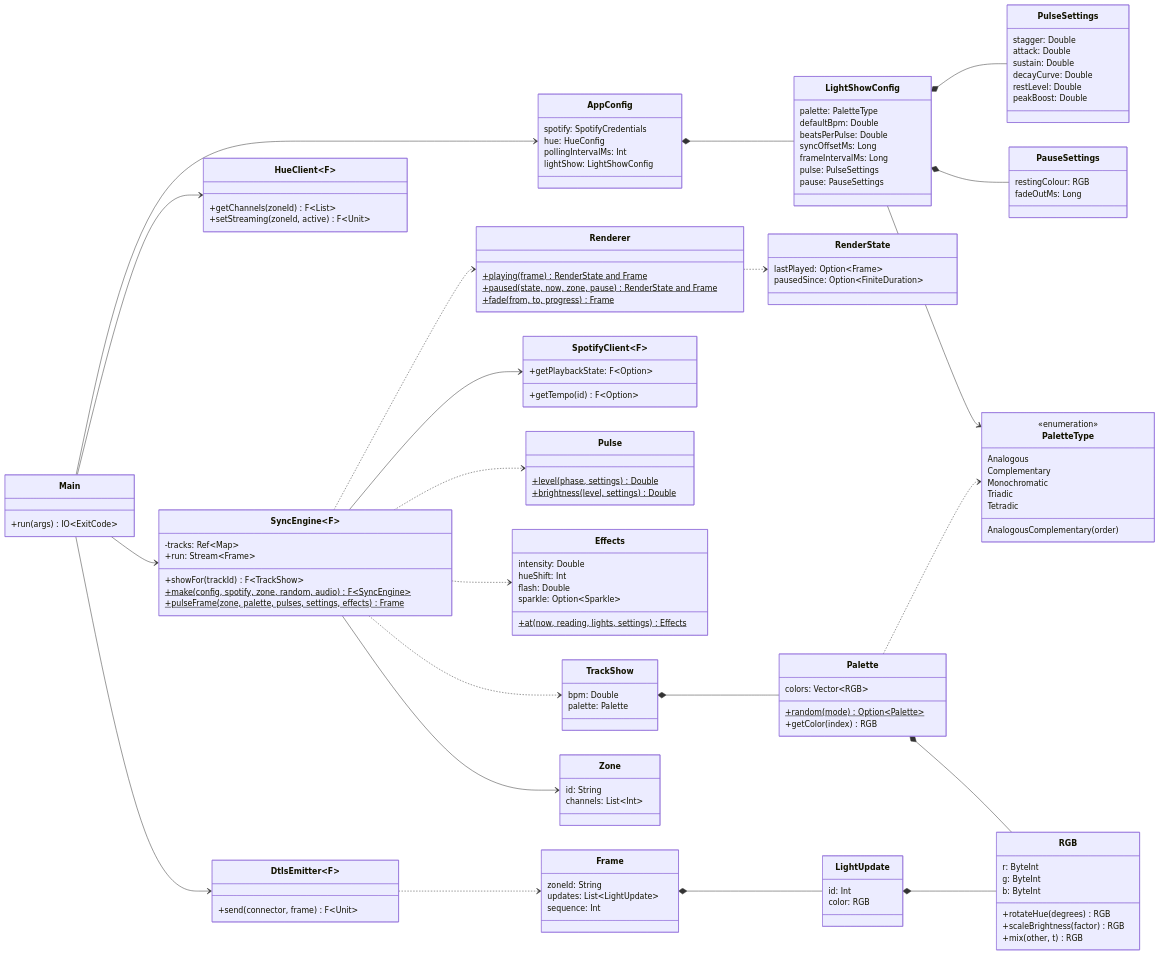
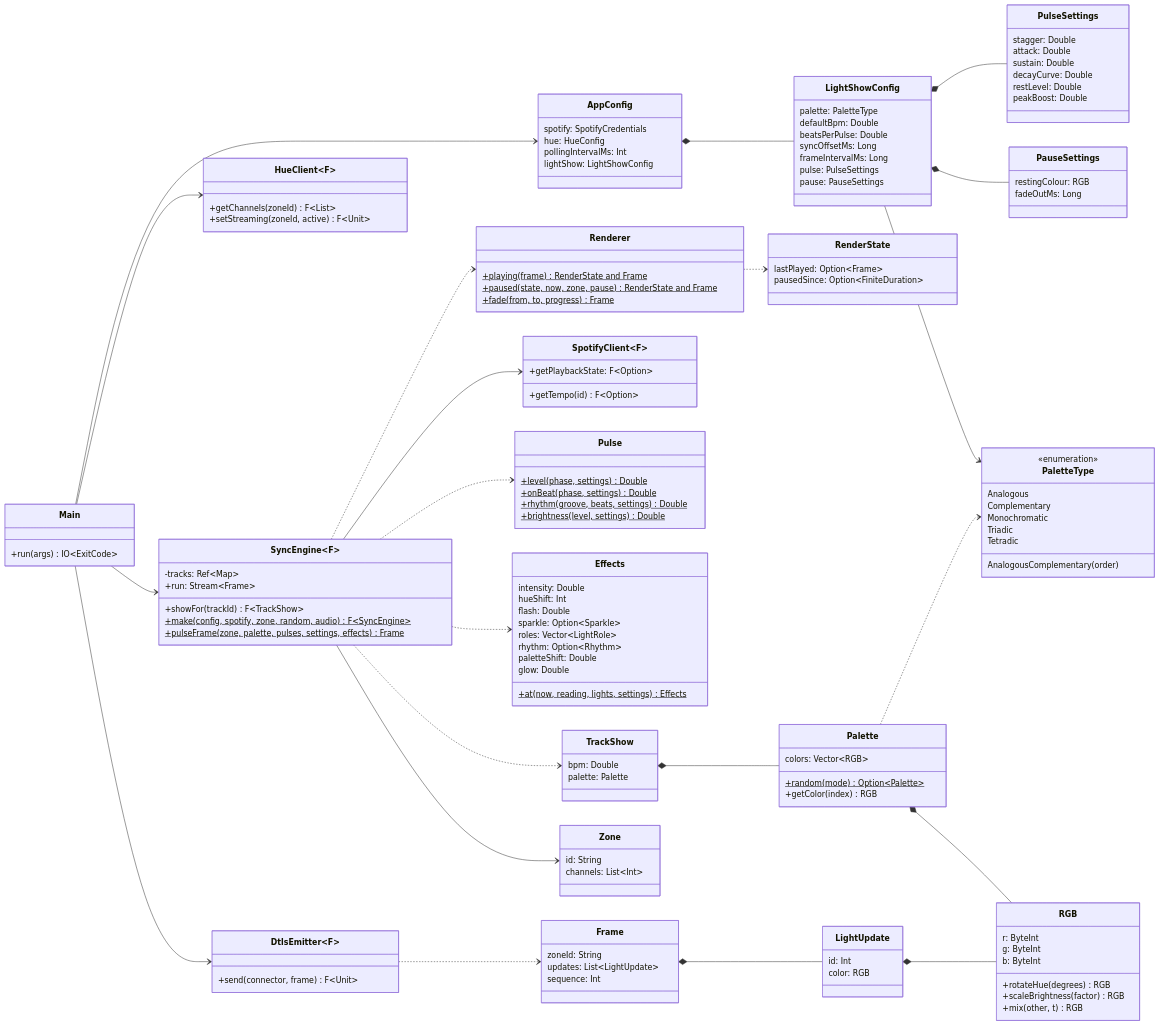
One commit to LorenzoPrinsloo/spotify-hue-sync changed the second of 3 diagrams in docs/architecture.md. Above: the diagram before and after it, drawn with Mermaid. The commit also changed other lines of this file and 24 other files, not shown here.

First line of the commit message:
Give lights roles: rhythm lights play the kick pattern, colour lights follow the pitch

```diff
--- a/docs/architecture.md
+++ b/docs/architecture.md
@@ -119,6 +119,8 @@
 
     class Pulse {
         +level(phase, settings)$ Double
+        +onBeat(phase, settings)$ Double
+        +rhythm(groove, beats, settings)$ Double
         +brightness(level, settings)$ Double
     }
     class Effects {
@@ -126,6 +128,10 @@
         hueShift: Int
         flash: Double
         sparkle: Option~Sparkle~
+        roles: Vector~LightRole~
+        rhythm: Option~Rhythm~
+        paletteShift: Double
+        glow: Double
         +at(now, reading, lights, settings)$ Effects
     }
     class Renderer {
```
